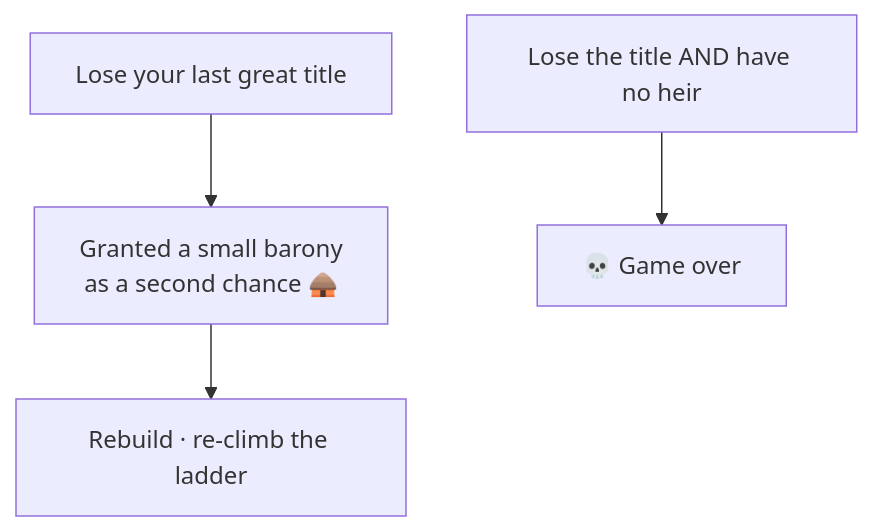
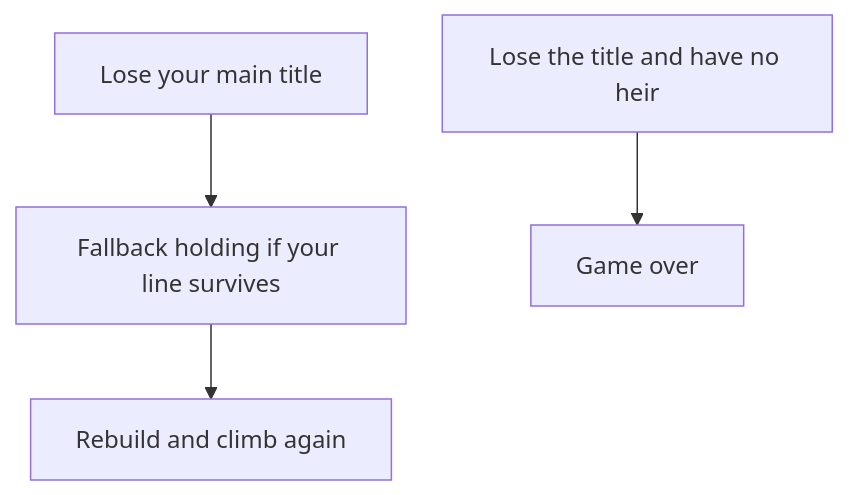
The second of 2 diagrams in content/realm/Climbing the Ladder.md (kroryan/Quartz-HispaniaBeta), drawn with Mermaid before and after one commit. The commit also changed other lines of this file and 35 other files, not shown here.

````diff
--- a/content/realm/Climbing the Ladder.md
+++ b/content/realm/Climbing the Ladder.md
@@ -41,6 +62,6 @@
 ```mermaid
 flowchart TD
-    A[Lose your last great title] --> B[Granted a small barony<br/>as a second chance 🛖]
-    B --> C[Rebuild · re-climb the ladder]
-    A2[Lose the title AND have no heir] --> X[💀 Game over]
+    A[Lose your main title] --> B[Fallback holding if your line survives]
+    B --> C[Rebuild and climb again]
+    A2[Lose the title and have no heir] --> X[Game over]
 ```
````
